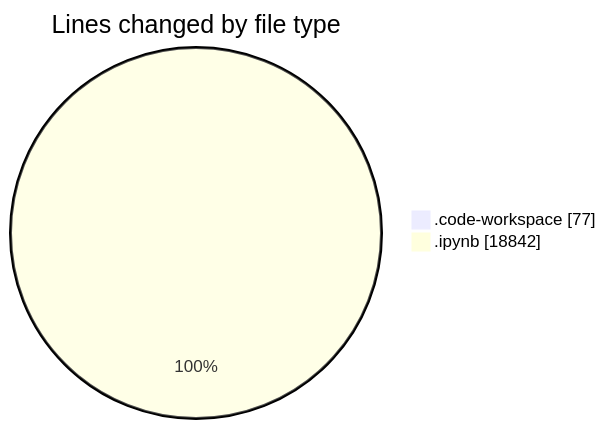
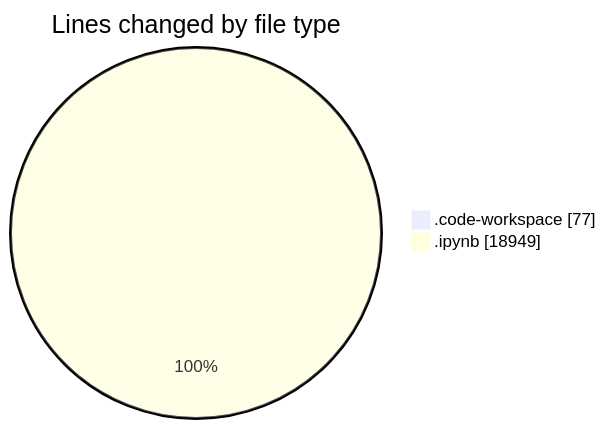
Before and after one commit to MatusMokan/code-tracking: the first of 2 diagrams in 2025-03-14/myws__workspace_/README.md, drawn with Mermaid. The commit also changed other lines of this file and 1 other file, not shown here.

````diff
--- a/2025-03-14/myws__workspace_/README.md
+++ b/2025-03-14/myws__workspace_/README.md
@@ -22,6 +22,6 @@
 ```mermaid
 pie showData
 title Lines changed by file type
 ".code-workspace" : 77
-".ipynb" : 18842
+".ipynb" : 18949
 ```
````
